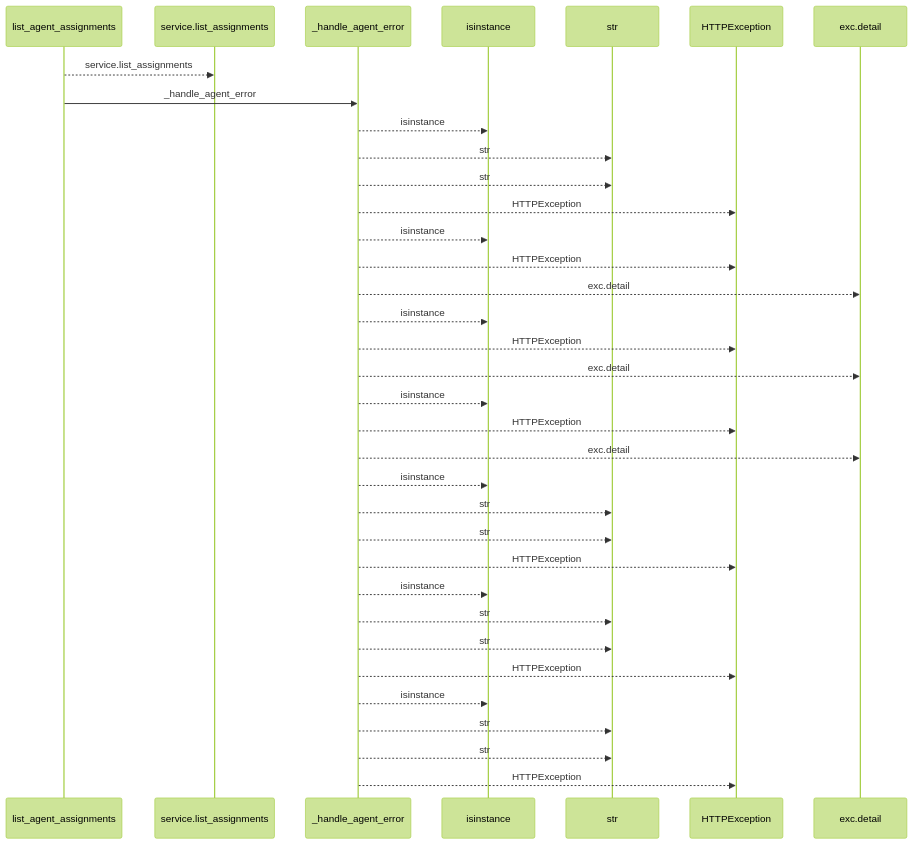
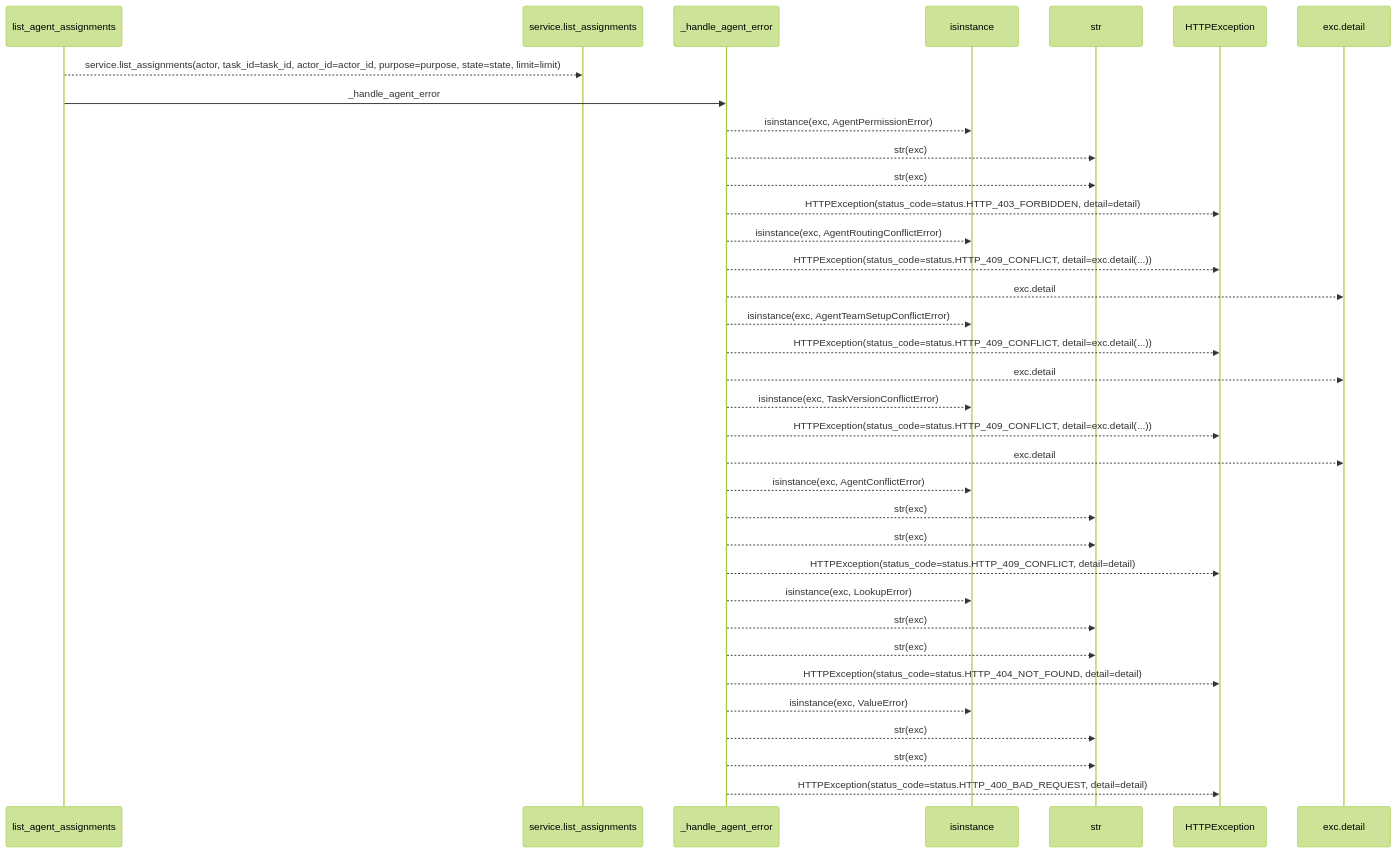
One commit to Denissvgn/WorkChord changed the first of 2 diagrams in docs/llm_wiki/flows/http-list_agent_assignments.md. Above: the diagram before and after it, drawn with Mermaid (forest theme). The commit also changed other lines of this file and 25171 other files, not shown here.

````diff
--- a/docs/llm_wiki/flows/http-list_agent_assignments.md
+++ b/docs/llm_wiki/flows/http-list_agent_assignments.md
@@ -10,37 +12,37 @@
 ```mermaid
 sequenceDiagram
     participant p0 as list_agent_assignments
     participant p1 as service.list_assignments
     participant p2 as _handle_agent_error
     participant p3 as isinstance
     participant p4 as str
     participant p5 as HTTPException
     participant p6 as exc.detail
-    p0-->>p1: service.list_assignments
+    p0-->>p1: service.list_assignments(actor, task_id=task_id, actor_id=actor_id, purpose=purpose, state=state, limit=limit)
     p0->>p2: _handle_agent_error
-    p2-->>p3: isinstance
-    p2-->>p4: str
-    p2-->>p4: str
-    p2-->>p5: HTTPException
-    p2-->>p3: isinstance
-    p2-->>p5: HTTPException
+    p2-->>p3: isinstance(exc, AgentPermissionError)
+    p2-->>p4: str(exc)
+    p2-->>p4: str(exc)
+    p2-->>p5: HTTPException(status_code=status.HTTP_403_FORBIDDEN, detail=detail)
+    p2-->>p3: isinstance(exc, AgentRoutingConflictError)
+    p2-->>p5: HTTPException(status_code=status.HTTP_409_CONFLICT, detail=exc.detail(...))
     p2-->>p6: exc.detail
-    p2-->>p3: isinstance
-    p2-->>p5: HTTPException
+    p2-->>p3: isinstance(exc, AgentTeamSetupConflictError)
+    p2-->>p5: HTTPException(status_code=status.HTTP_409_CONFLICT, detail=exc.detail(...))
     p2-->>p6: exc.detail
-    p2-->>p3: isinstance
-    p2-->>p5: HTTPException
+    p2-->>p3: isinstance(exc, TaskVersionConflictError)
+    p2-->>p5: HTTPException(status_code=status.HTTP_409_CONFLICT, detail=exc.detail(...))
     p2-->>p6: exc.detail
-    p2-->>p3: isinstance
-    p2-->>p4: str
-    p2-->>p4: str
-    p2-->>p5: HTTPException
-    p2-->>p3: isinstance
-    p2-->>p4: str
-    p2-->>p4: str
-    p2-->>p5: HTTPException
-    p2-->>p3: isinstance
-    p2-->>p4: str
-    p2-->>p4: str
-    p2-->>p5: HTTPException
+    p2-->>p3: isinstance(exc, AgentConflictError)
+    p2-->>p4: str(exc)
+    p2-->>p4: str(exc)
+    p2-->>p5: HTTPException(status_code=status.HTTP_409_CONFLICT, detail=detail)
+    p2-->>p3: isinstance(exc, LookupError)
+    p2-->>p4: str(exc)
+    p2-->>p4: str(exc)
+    p2-->>p5: HTTPException(status_code=status.HTTP_404_NOT_FOUND, detail=detail)
+    p2-->>p3: isinstance(exc, ValueError)
+    p2-->>p4: str(exc)
+    p2-->>p4: str(exc)
+    p2-->>p5: HTTPException(status_code=status.HTTP_400_BAD_REQUEST, detail=detail)
 ```
````
